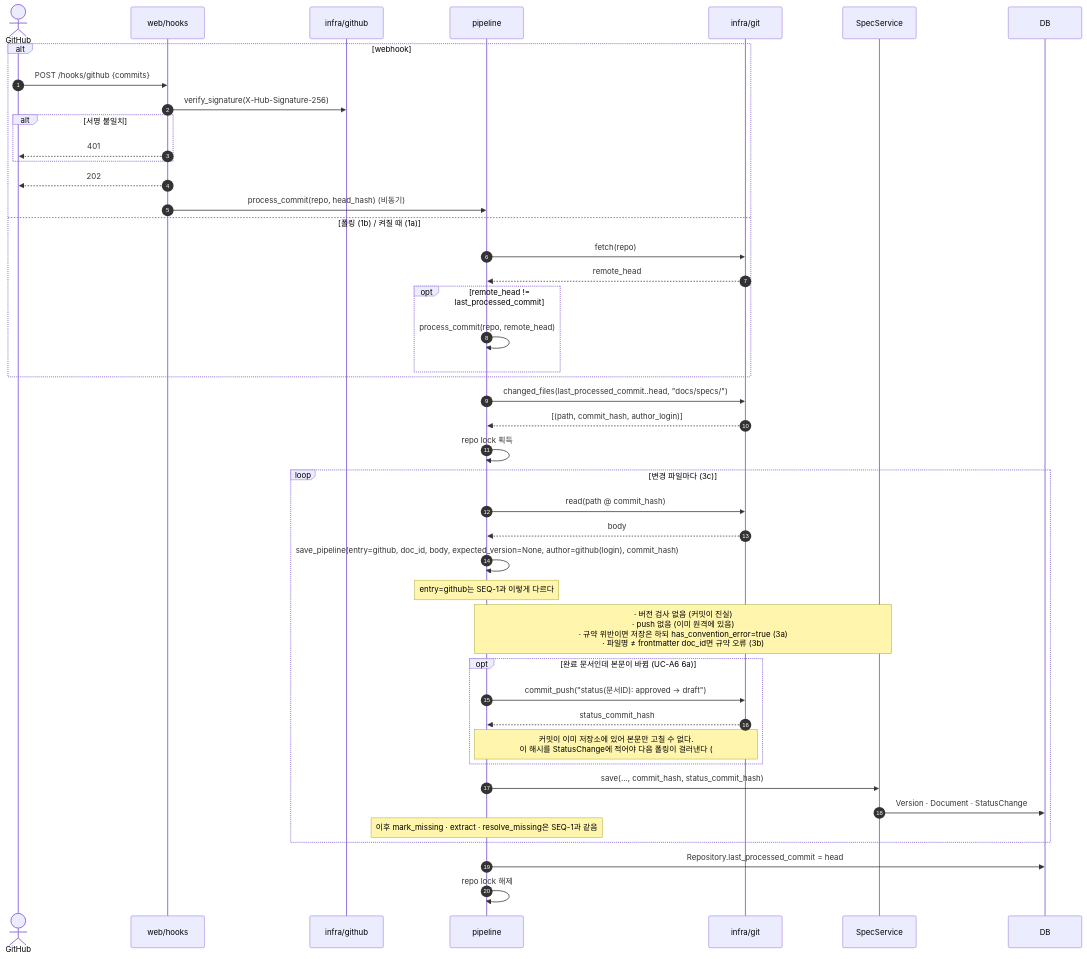
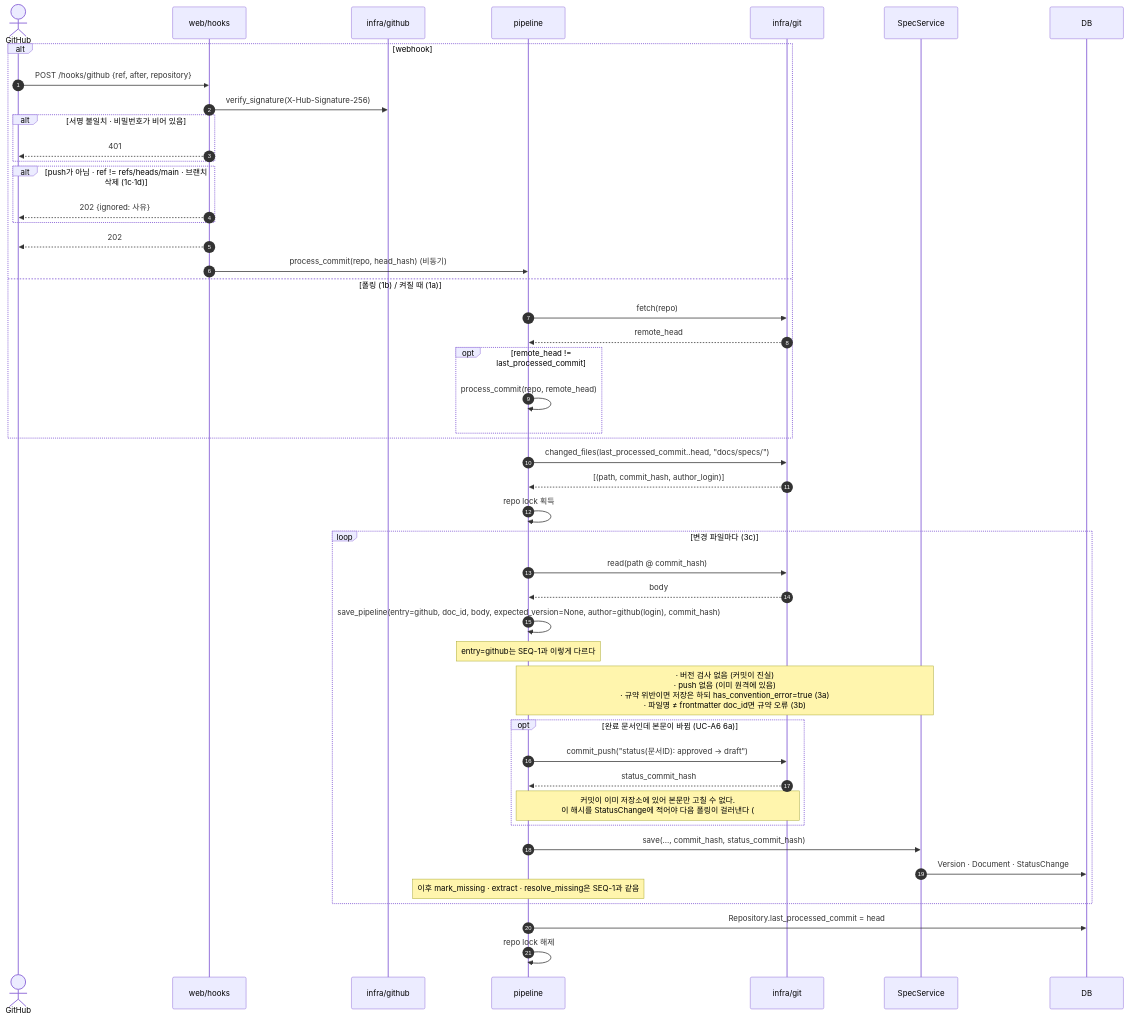
The second of 23 diagrams in docs/specs/09-SEQ/SYNC-SEQ-001.md (HoyoungParkme/syncdoc), drawn with Mermaid before and after one commit. The commit also changed other lines of this file and 31 other files, not shown here.

````diff
--- a/docs/specs/09-SEQ/SYNC-SEQ-001.md
+++ b/docs/specs/09-SEQ/SYNC-SEQ-001.md
@@ -196,48 +198,51 @@
 ```mermaid
 sequenceDiagram
     autonumber
     actor GH as GitHub
     participant H as web/hooks
     participant GHI as infra/github
     participant P as pipeline
     participant G as infra/git
     participant S as SpecService
     participant DB
 
     alt webhook
-        GH->>H: POST /hooks/github {commits}
+        GH->>H: POST /hooks/github {ref, after, repository}
         H->>GHI: verify_signature(X-Hub-Signature-256)
-        alt 서명 불일치
+        alt 서명 불일치 · 비밀번호가 비어 있음
             H-->>GH: 401
+        end
+        alt push가 아님 · ref != refs/heads/main · 브랜치 삭제 (1c·1d)
+            H-->>GH: 202 {ignored: 사유}
         end
         H-->>GH: 202
         H->>P: process_commit(repo, head_hash) (비동기)
     else 폴링 (1b) / 켜질 때 (1a)
         P->>G: fetch(repo)
         G-->>P: remote_head
         opt remote_head != last_processed_commit
             P->>P: process_commit(repo, remote_head)
         end
     end
 
     P->>G: changed_files(last_processed_commit..head, "docs/specs/")
     G-->>P: [(path, commit_hash, author_login)]
     P->>P: repo lock 획득
     loop 변경 파일마다 (3c)
         P->>G: read(path @ commit_hash)
         G-->>P: body
         P->>P: save_pipeline(entry=github, doc_id, body, expected_version=None, author=github(login), commit_hash)
         Note over P: entry=github는 SEQ-1과 이렇게 다르다
         Note over P,S: · 버전 검사 없음 (커밋이 진실)<br/>· push 없음 (이미 원격에 있음)<br/>· 규약 위반이면 저장은 하되 has_convention_error=true (3a)<br/>· 파일명 ≠ frontmatter doc_id면 규약 오류 (3b)
         opt 완료 문서인데 본문이 바뀜 (UC-A6 6a)
             P->>G: commit_push("status(문서ID): approved → draft")
             G-->>P: status_commit_hash
             Note over P,G: 커밋이 이미 저장소에 있어 본문만 고칠 수 없다.<br/>이 해시를 StatusChange에 적어야 다음 폴링이 걸러낸다 (#58)
         end
         P->>S: save(…, commit_hash, status_commit_hash)
         S->>DB: Version · Document · StatusChange
         Note over P: 이후 mark_missing · extract · resolve_missing은 SEQ-1과 같음
     end
     P->>DB: Repository.last_processed_commit = head
     P->>P: repo lock 해제
 ```
````
